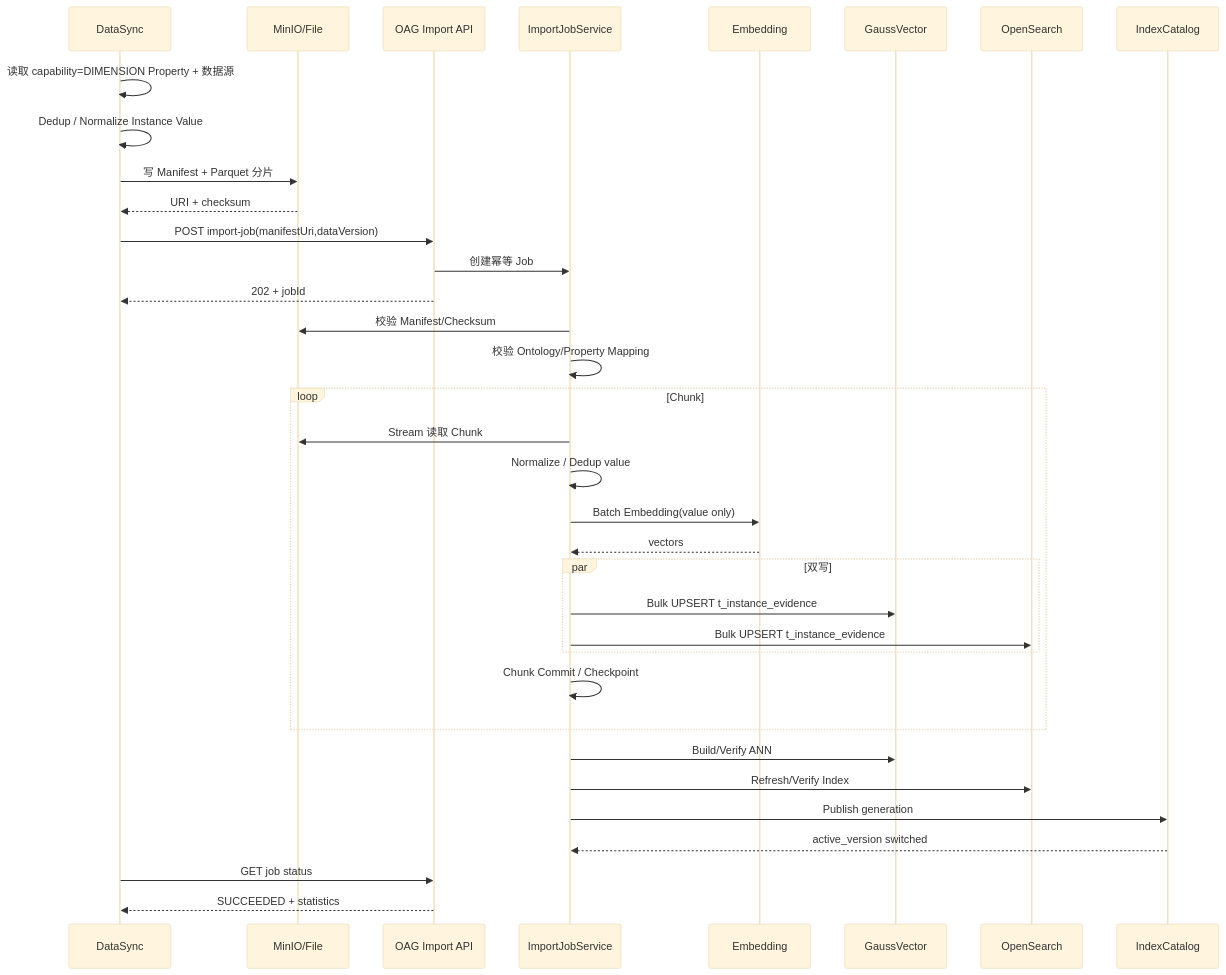
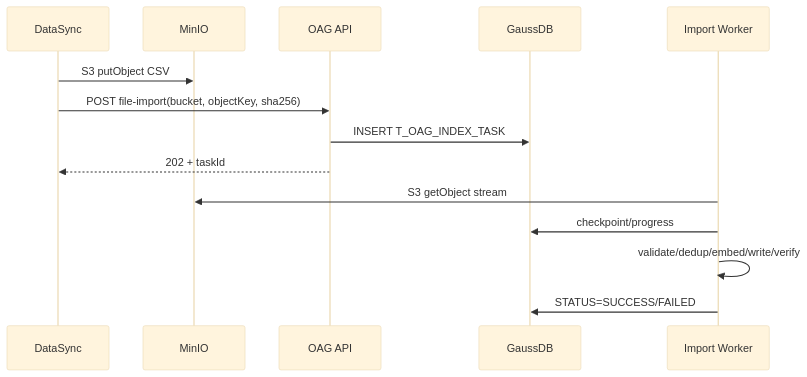
One commit to cfwl100/onology_dsl changed the fourth of 5 diagrams in docs/OAG本体锚点语义检索与向量索引设计方案.md. Above: the diagram before and after it, drawn with Mermaid (base theme). The commit also changed other lines of this file, not shown here.

Commit message:
重构OAG索引构建与DataSync Bulk Import设计

````diff
--- a/docs/OAG本体锚点语义检索与向量索引设计方案.md
+++ b/docs/OAG本体锚点语义检索与向量索引设计方案.md
@@ -2216,43 +1729,17 @@
 ```mermaid
 sequenceDiagram
     participant DS as DataSync
-    participant M as MinIO/File
-    participant API as OAG Import API
-    participant J as ImportJobService
-    participant E as Embedding
-    participant GV as GaussVector
-    participant OS as OpenSearch
-    participant C as IndexCatalog
+    participant M as MinIO
+    participant A as OAG API
+    participant D as GaussDB
+    participant W as Import Worker
 
-    DS->>DS: 读取 capability=DIMENSION Property + 数据源
-    DS->>DS: Dedup / Normalize Instance Value
-    DS->>M: 写 Manifest + Parquet 分片
-    M-->>DS: URI + checksum
-
-    DS->>API: POST import-job(manifestUri,dataVersion)
-    API->>J: 创建幂等 Job
-    API-->>DS: 202 + jobId
-
-    J->>M: 校验 Manifest/Checksum
-    J->>J: 校验 Ontology/Property Mapping
-
-    loop Chunk
-        J->>M: Stream 读取 Chunk
-        J->>J: Normalize / Dedup value
-        J->>E: Batch Embedding(value only)
-        E-->>J: vectors
-        par 双写
-            J->>GV: Bulk UPSERT t_instance_evidence
-            J->>OS: Bulk UPSERT t_instance_evidence
-        end
-        J->>J: Chunk Commit / Checkpoint
-    end
-
-    J->>GV: Build/Verify ANN
-    J->>OS: Refresh/Verify Index
-    J->>C: Publish generation
-    C-->>J: active_version switched
-
-    DS->>API: GET job status
-    API-->>DS: SUCCEEDED + statistics
+    DS->>M: S3 putObject CSV
+    DS->>A: POST file-import(bucket, objectKey, sha256)
+    A->>D: INSERT T_OAG_INDEX_TASK
+    A-->>DS: 202 + taskId
+    W->>M: S3 getObject stream
+    W->>D: checkpoint/progress
+    W->>W: validate/dedup/embed/write/verify
+    W->>D: STATUS=SUCCESS/FAILED
 ```
````
